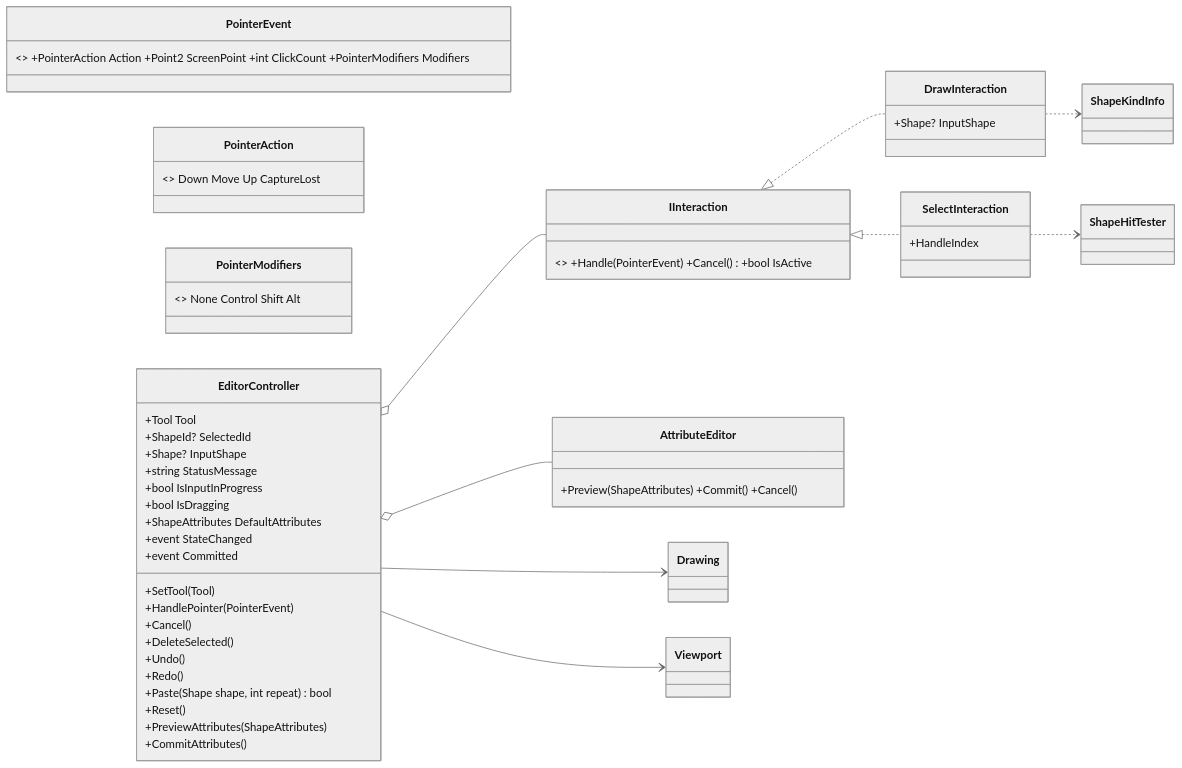
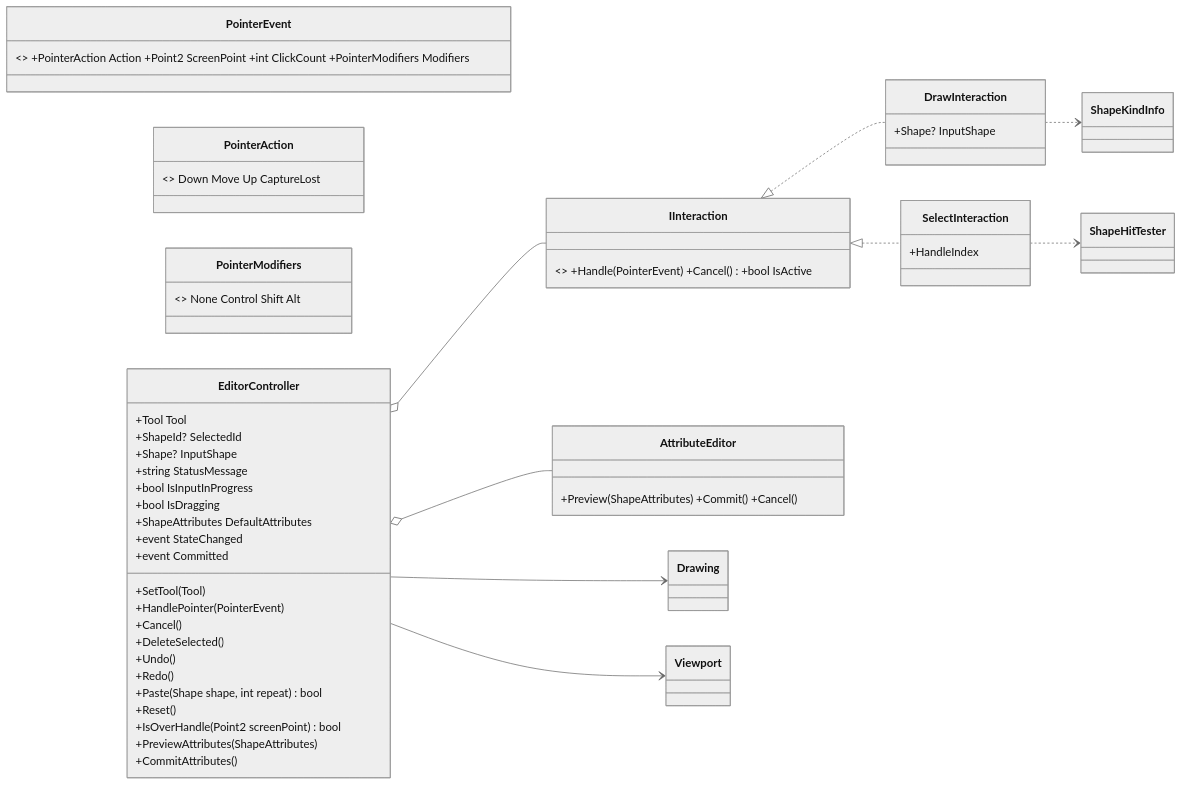
One commit to Fujiwo/Shos.WpfCadSample changed the fourth of 11 diagrams in Documents/20261105-cad-architecture.md. Above: the diagram before and after it, drawn with Mermaid (neutral theme). The commit also changed other lines of this file and 25 other files, not shown here.

````diff
--- a/Documents/20261105-cad-architecture.md
+++ b/Documents/20261105-cad-architecture.md
@@ -292,40 +292,41 @@
 ```mermaid
 classDiagram
     direction LR
     class PointerEvent { <<record>> +PointerAction Action +Point2 ScreenPoint +int ClickCount +PointerModifiers Modifiers }
     class PointerAction { <<enum>> Down Move Up CaptureLost }
     class PointerModifiers { <<flags enum>> None Control Shift Alt }
     class EditorController {
         +Tool Tool
         +ShapeId? SelectedId
         +Shape? InputShape
         +string StatusMessage
         +bool IsInputInProgress
         +bool IsDragging
         +ShapeAttributes DefaultAttributes
         +event StateChanged
         +event Committed
         +SetTool(Tool)
         +HandlePointer(PointerEvent)
         +Cancel()
         +DeleteSelected()
         +Undo()
         +Redo()
         +Paste(Shape shape, int repeat) bool
         +Reset()
+        +IsOverHandle(Point2 screenPoint) bool
         +PreviewAttributes(ShapeAttributes)
         +CommitAttributes()
     }
     class IInteraction { <<interface>> +Handle(PointerEvent) +Cancel() +bool IsActive }
     class DrawInteraction { +Shape? InputShape }
     class SelectInteraction { +HandleIndex }
     class AttributeEditor { +Preview(ShapeAttributes) +Commit() +Cancel() }
     EditorController --> Drawing
     EditorController --> Viewport
     EditorController o-- IInteraction
     IInteraction <|.. DrawInteraction
     IInteraction <|.. SelectInteraction
     EditorController o-- AttributeEditor
     DrawInteraction ..> ShapeKindInfo
     SelectInteraction ..> ShapeHitTester
 ```
````
